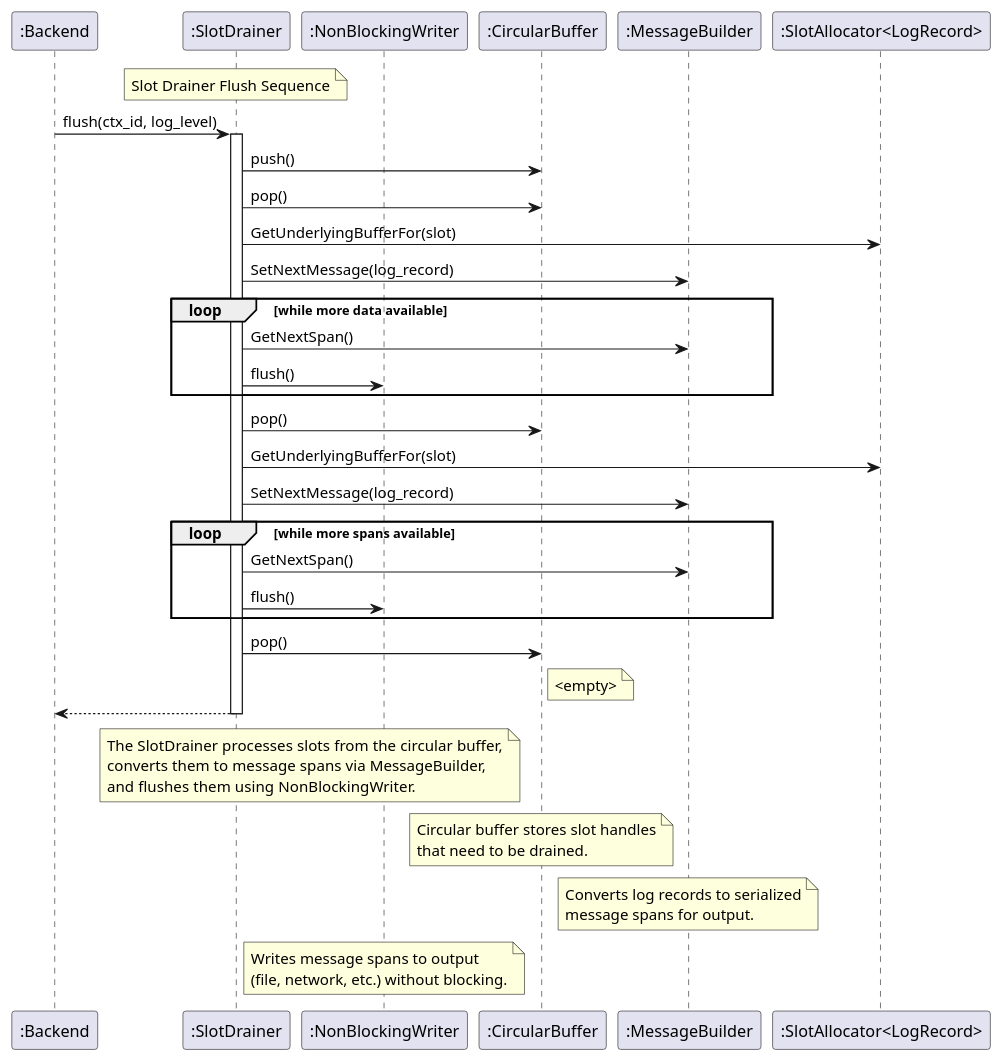
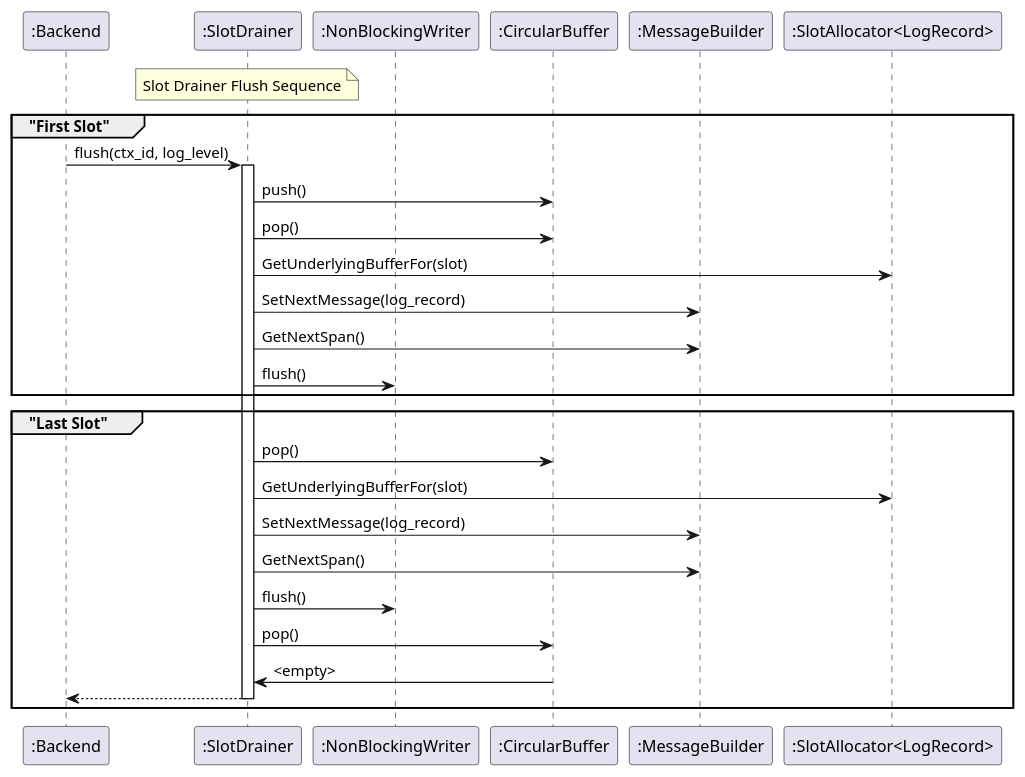
The diagram in design/slot_drainer_sequence_design.puml (eclipse-score/inc_mw_log), drawn with PlantUML before and after one commit. The commit also changed 5 other files, not shown here.

Commit message:
next set of diagrams

```diff
--- a/design/slot_drainer_sequence_design.puml
+++ b/design/slot_drainer_sequence_design.puml
@@ -1,61 +1,42 @@
 @startuml slot_drainer_sequence_design
 
 participant ":Backend" as Backend
 participant ":SlotDrainer" as SlotDrainer
 participant ":NonBlockingWriter" as NonBlockingWriter
 participant ":CircularBuffer" as CircularBuffer
 participant ":MessageBuilder" as MessageBuilder
 participant ":SlotAllocator<LogRecord>" as SlotAllocator
 
 note over SlotDrainer : Slot Drainer Flush Sequence
 
+group "First Slot"
 Backend -> SlotDrainer : flush(ctx_id, log_level)
 activate SlotDrainer
 
 SlotDrainer -> CircularBuffer : push()
 SlotDrainer -> CircularBuffer : pop()
 SlotDrainer -> SlotAllocator : GetUnderlyingBufferFor(slot)
 SlotDrainer -> MessageBuilder : SetNextMessage(log_record)
 
-loop while more data available
-    SlotDrainer -> MessageBuilder : GetNextSpan()
-    SlotDrainer -> NonBlockingWriter : flush()
+SlotDrainer -> MessageBuilder : GetNextSpan()
+SlotDrainer -> NonBlockingWriter : flush()
 end
+
+group "Last Slot"
 
 SlotDrainer -> CircularBuffer : pop()
 SlotDrainer -> SlotAllocator : GetUnderlyingBufferFor(slot)
 SlotDrainer -> MessageBuilder : SetNextMessage(log_record)
 
-loop while more spans available
-    SlotDrainer -> MessageBuilder : GetNextSpan()
-    SlotDrainer -> NonBlockingWriter : flush()
-end
+SlotDrainer -> MessageBuilder : GetNextSpan()
+SlotDrainer -> NonBlockingWriter : flush()
 
 SlotDrainer -> CircularBuffer : pop()
-note right of CircularBuffer : <empty>
+CircularBuffer -> SlotDrainer: <empty>
 
 Backend <-- SlotDrainer
 deactivate SlotDrainer
 
-note over SlotDrainer, NonBlockingWriter
-  The SlotDrainer processes slots from the circular buffer,
-  converts them to message spans via MessageBuilder,
-  and flushes them using NonBlockingWriter.
-end note
-
-note over CircularBuffer
-  Circular buffer stores slot handles
-  that need to be drained.
-end note
-
-note over MessageBuilder
-  Converts log records to serialized
-  message spans for output.
-end note
-
-note over NonBlockingWriter
-  Writes message spans to output
-  (file, network, etc.) without blocking.
-end note
+end
 
 @enduml
```
